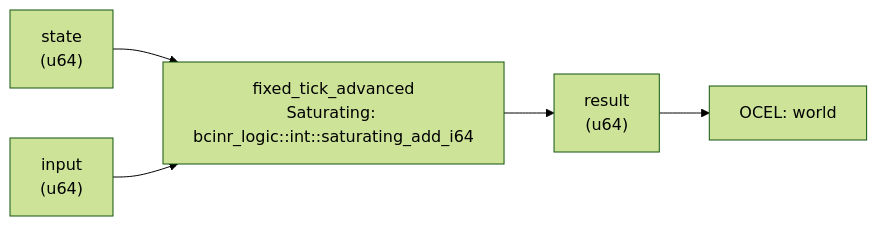
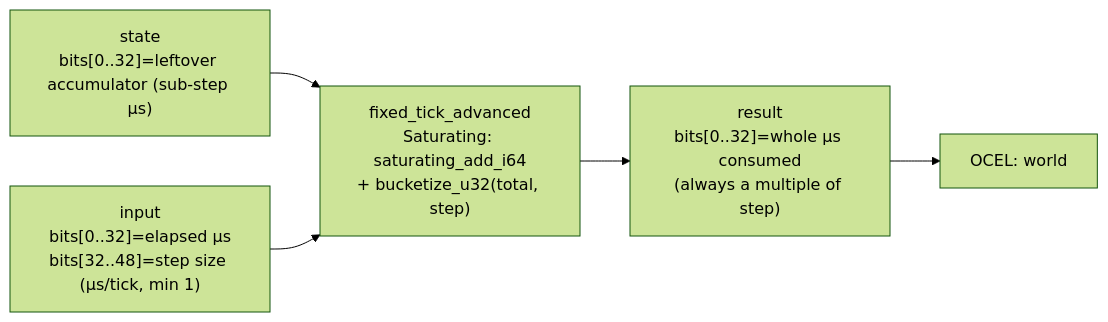
The diagram in crates/wasm4games/docs/patterns/fixed_tick_advanced.md (seanchatmangpt/bcinr), drawn with Mermaid (forest theme) before and after one commit. The commit also changed other lines of this file and 20 other files, not shown here.

````diff
--- a/crates/wasm4games/docs/patterns/fixed_tick_advanced.md
+++ b/crates/wasm4games/docs/patterns/fixed_tick_advanced.md
@@ -56,12 +42,12 @@
 ```mermaid
 graph LR
-    state["state\n(u64)"]
-    input["input\n(u64)"]
-    kernel["fixed_tick_advanced\nSaturating: bcinr_logic::int::saturating_add_i64"]
-    result["result\n(u64)"]
+    state["state\nbits[0..32]=leftover accumulator (sub-step µs)"]
+    input["input\nbits[0..32]=elapsed µs\nbits[32..48]=step size (µs/tick, min 1)"]
+    kernel["fixed_tick_advanced\nSaturating: saturating_add_i64\n+ bucketize_u32(total, step)"]
+    result["result\nbits[0..32]=whole µs consumed\n(always a multiple of step)"]
     state --> kernel
     input --> kernel
     kernel --> result
     ocel_0["OCEL: world"]
     result --> ocel_0
 ```
````
